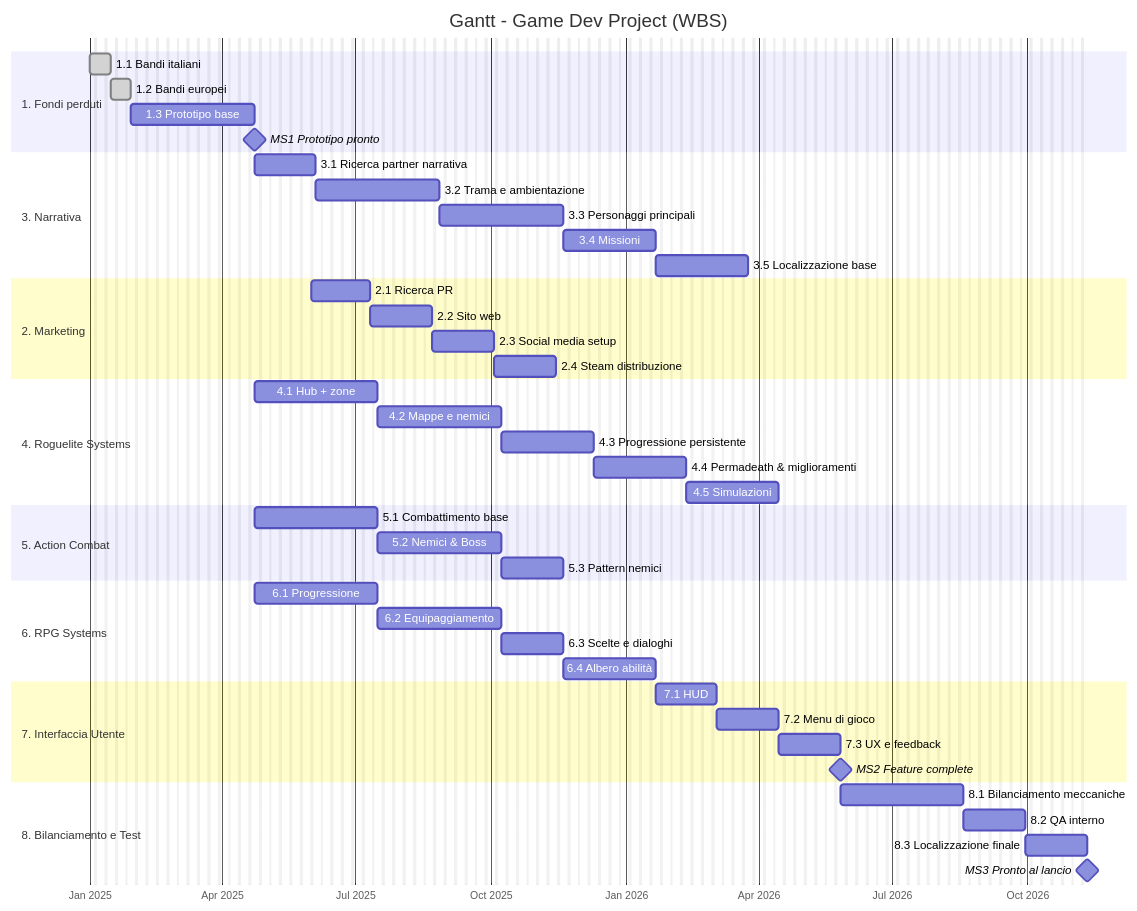
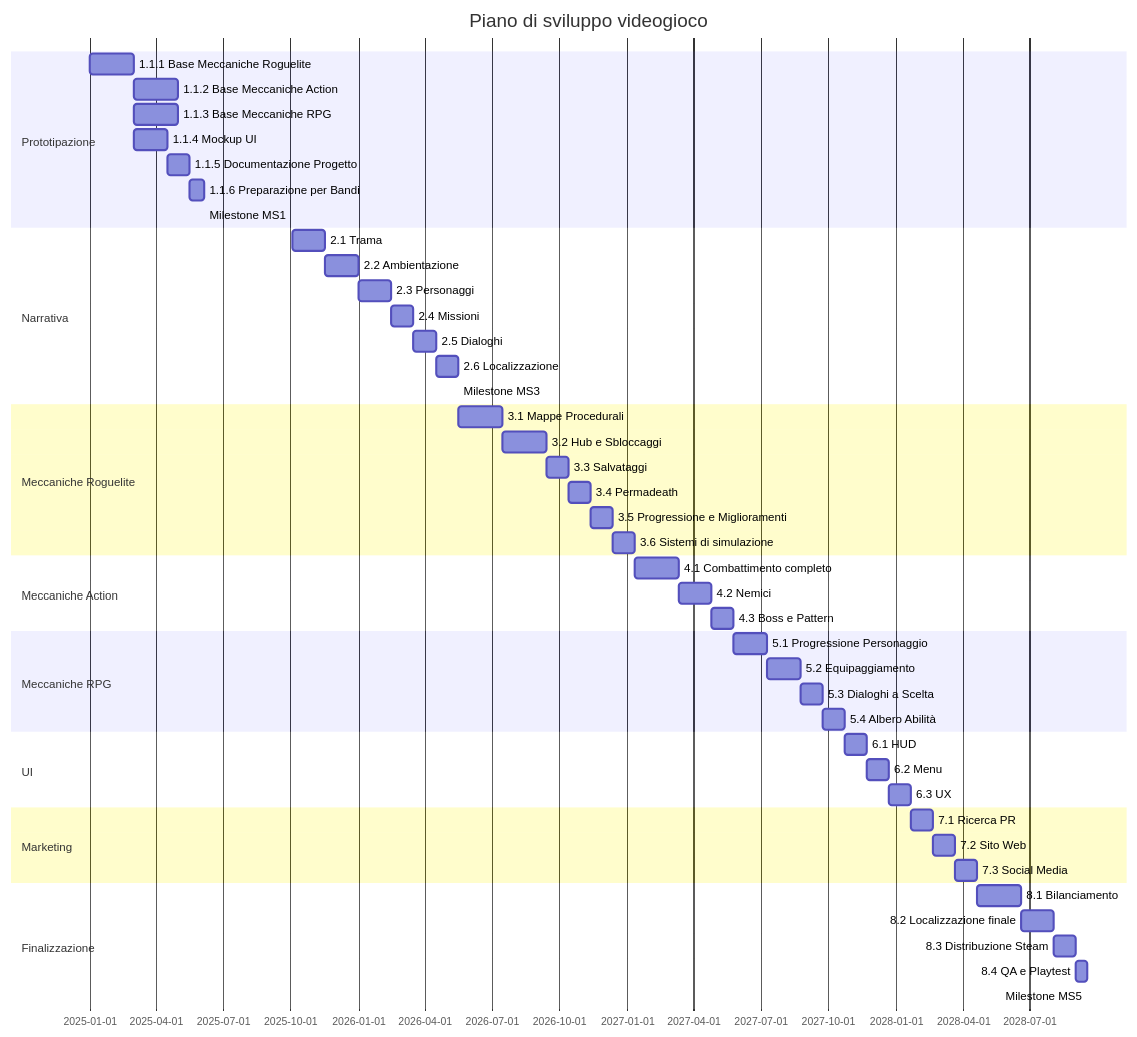
Before and after one commit to JBmanu/AthenaPlay-PM: the diagram in report/planning/Gantt.md, drawn with Mermaid. The commit also changed other lines of this file and 1 other file, not shown here.

````diff
--- a/report/planning/Gantt.md
+++ b/report/planning/Gantt.md
@@ -1,66 +7,58 @@
 ```mermaid
 gantt
-    title Gantt - Game Dev Project (WBS)
+    title Piano di sviluppo videogioco
     dateFormat  YYYY-MM-DD
-    axisFormat  %b %Y
-    excludes    weekends
+    section Prototipazione
+        1.1.1 Base Meccaniche Roguelite     :prot1, 2025-01-01, 60d
+        1.1.2 Base Meccaniche Action        :prot2, after prot1, 60d
+        1.1.3 Base Meccaniche RPG           :prot3, after prot1, 60d
+        1.1.4 Mockup UI                     :prot4, after prot1, 45d
+        1.1.5 Documentazione Progetto       :prot5, after prot4, 30d
+        1.1.6 Preparazione per Bandi        :prot6, after prot5, 20d
+        Milestone MS1: Prototipo pronto per bandi :milestone1, after prot6, 0d
 
-%% Fase 1 - Prototipo per fondi perduti
-    section 1. Fondi perduti
-        1.1 Bandi italiani              :done, t1_1, 2025-01-01, 10d
-        1.2 Bandi europei               :done, t1_2, after t1_1, 10d
-        1.3 Prototipo base              :t1_3, after t1_2, 60d
-        MS1 Prototipo pronto            :milestone, ms1, after t1_3, 0d
+    section Narrativa
+        2.1 Trama                           :narr1, 2025-10-03, 45d
+        2.2 Ambientazione                   :narr2, after narr1, 45d
+        2.3 Personaggi                      :narr3, after narr2, 45d
+        2.4 Missioni                        :narr4, after narr3, 30d
+        2.5 Dialoghi                        :narr5, after narr4, 30d
+        2.6 Localizzazione                  :narr6, after narr5, 30d
+        Milestone MS3: Narrativa completa  :milestone3, after narr6, 0d
 
-    %% Fase 2 - Narrativa
-    section 3. Narrativa
-        3.1 Ricerca partner narrativa   :t3_1, after ms1, 30d
-        3.2 Trama e ambientazione       :t3_2, after t3_1, 60d
-        3.3 Personaggi principali       :t3_3, after t3_2, 60d
-        3.4 Missioni                    :t3_4, after t3_3, 45d
-        3.5 Localizzazione base         :t3_5, after t3_4, 45d
+    section Meccaniche Roguelite
+        3.1 Mappe Procedurali              :rog1, 2026-05-16, 60d
+        3.2 Hub e Sbloccaggi               :rog2, after rog1, 60d
+        3.3 Salvataggi                     :rog3, after rog2, 30d
+        3.4 Permadeath                     :rog4, after rog3, 30d
+        3.5 Progressione e Miglioramenti   :rog5, after rog4, 30d
+        3.6 Sistemi di simulazione         :rog6, after rog5, 30d
 
-    %% Fase 3 - Marketing
-    section 2. Marketing
-        2.1 Ricerca PR                  :t2_1, 2025-06-01, 30d
-        2.2 Sito web                    :t2_2, after t2_1, 30d
-        2.3 Social media setup          :t2_3, after t2_2, 30d
-        2.4 Steam distribuzione         :t2_4, after t2_3, 30d
+    section Meccaniche Action
+        4.1 Combattimento completo         :act1, 2027-01-11, 60d
+        4.2 Nemici                         :act2, after act1, 45d
+        4.3 Boss e Pattern                 :act3, after act2, 30d
 
-    %% Fase 4 - Gameplay Systems
-    section 4. Roguelite Systems
-        4.1 Hub + zone                  :t4_1, after ms1, 60d
-        4.2 Mappe e nemici              :t4_2, after t4_1, 60d
-        4.3 Progressione persistente    :t4_3, after t4_2, 45d
-        4.4 Permadeath & miglioramenti  :t4_4, after t4_3, 45d
-        4.5 Simulazioni                 :t4_5, after t4_4, 45d
+    section Meccaniche RPG
+        5.1 Progressione Personaggio       :rpg1, 2027-05-26, 45d
+        5.2 Equipaggiamento                :rpg2, after rpg1, 45d
+        5.3 Dialoghi a Scelta              :rpg3, after rpg2, 30d
+        5.4 Albero Abilità                 :rpg4, after rpg3, 30d
 
-    %% Fase 5 - Meccaniche Action
-    section 5. Action Combat
-        5.1 Combattimento base          :t5_1, after ms1, 60d
-        5.2 Nemici & Boss               :t5_2, after t5_1, 60d
-        5.3 Pattern nemici              :t5_3, after t5_2, 30d
+    section UI
+        6.1 HUD                            :ui1, 2027-10-23, 30d
+        6.2 Menu                           :ui2, after ui1, 30d
+        6.3 UX                             :ui3, after ui2, 30d
 
-    %% Fase 6 - Meccaniche RPG
-    section 6. RPG Systems
-        6.1 Progressione                :t6_1, after ms1, 60d
-        6.2 Equipaggiamento             :t6_2, after t6_1, 60d
-        6.3 Scelte e dialoghi           :t6_3, after t6_2, 30d
-        6.4 Albero abilità              :t6_4, after t6_3, 45d
+    section Marketing
+        7.1 Ricerca PR                     :mkt1, 2028-01-21, 30d
+        7.2 Sito Web                       :mkt2, after mkt1, 30d
+        7.3 Social Media                   :mkt3, after mkt2, 30d
 
-    %% Fase 7 - UI/UX
-    section 7. Interfaccia Utente
-        7.1 HUD                         :t7_1, after t6_4, 30d
-        7.2 Menu di gioco               :t7_2, after t7_1, 30d
-        7.3 UX e feedback               :t7_3, after t7_2, 30d
-        MS2 Feature complete            :milestone, ms2, after t7_3, 0d
-
-    %% Fase 8 - Bilanciamento e QA
-    section 8. Bilanciamento e Test
-        8.1 Bilanciamento meccaniche    :t8_1, after ms2, 60d
-        8.2 QA interno                  :t8_2, after t8_1, 30d
-        8.3 Localizzazione finale       :t8_3, after t8_2, 30d
-        MS3 Pronto al lancio            :milestone, ms3, after t8_3, 0d
-
-
+    section Finalizzazione
+        8.1 Bilanciamento                  :fin1, 2028-04-20, 60d
+        8.2 Localizzazione finale          :fin2, after fin1, 45d
+        8.3 Distribuzione Steam            :fin3, after fin2, 30d
+        8.4 QA e Playtest                  :fin4, after fin3, 15d
+        Milestone MS5: Pronto per lancio  :milestone5, after fin4, 0d
 ```
````
